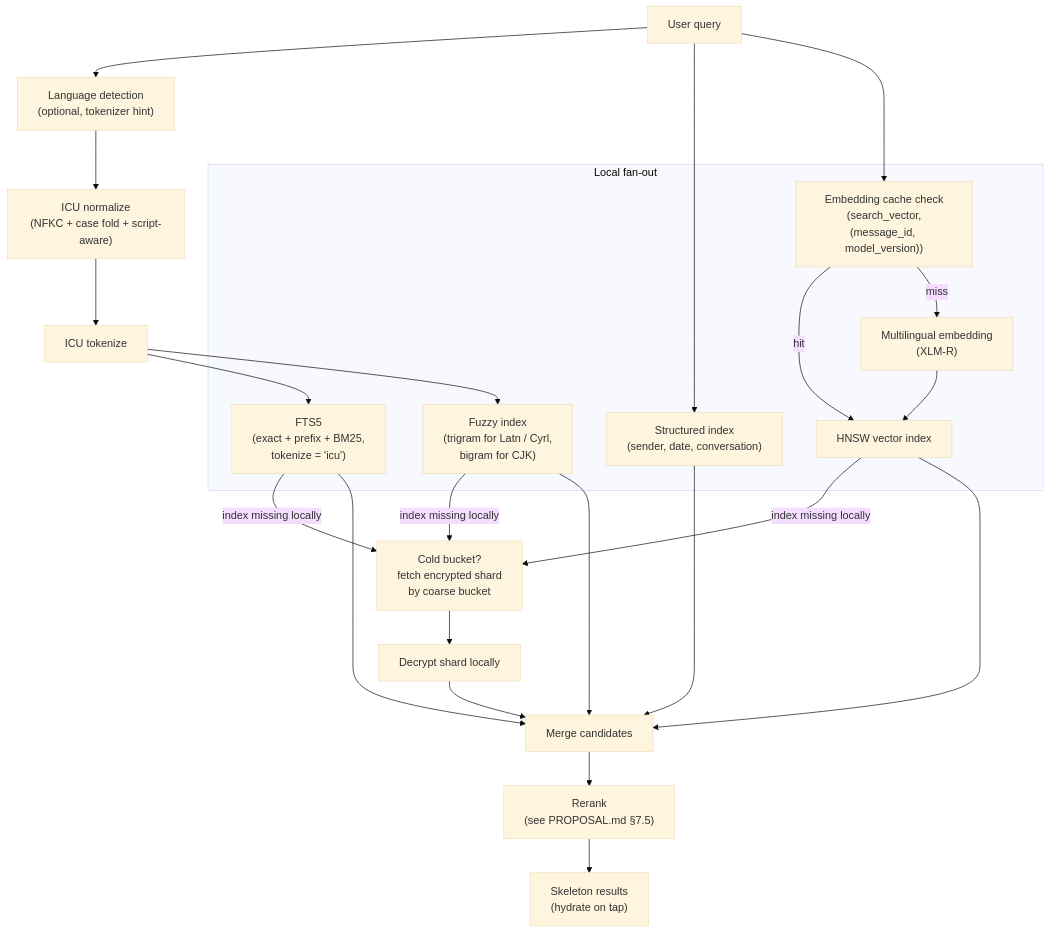
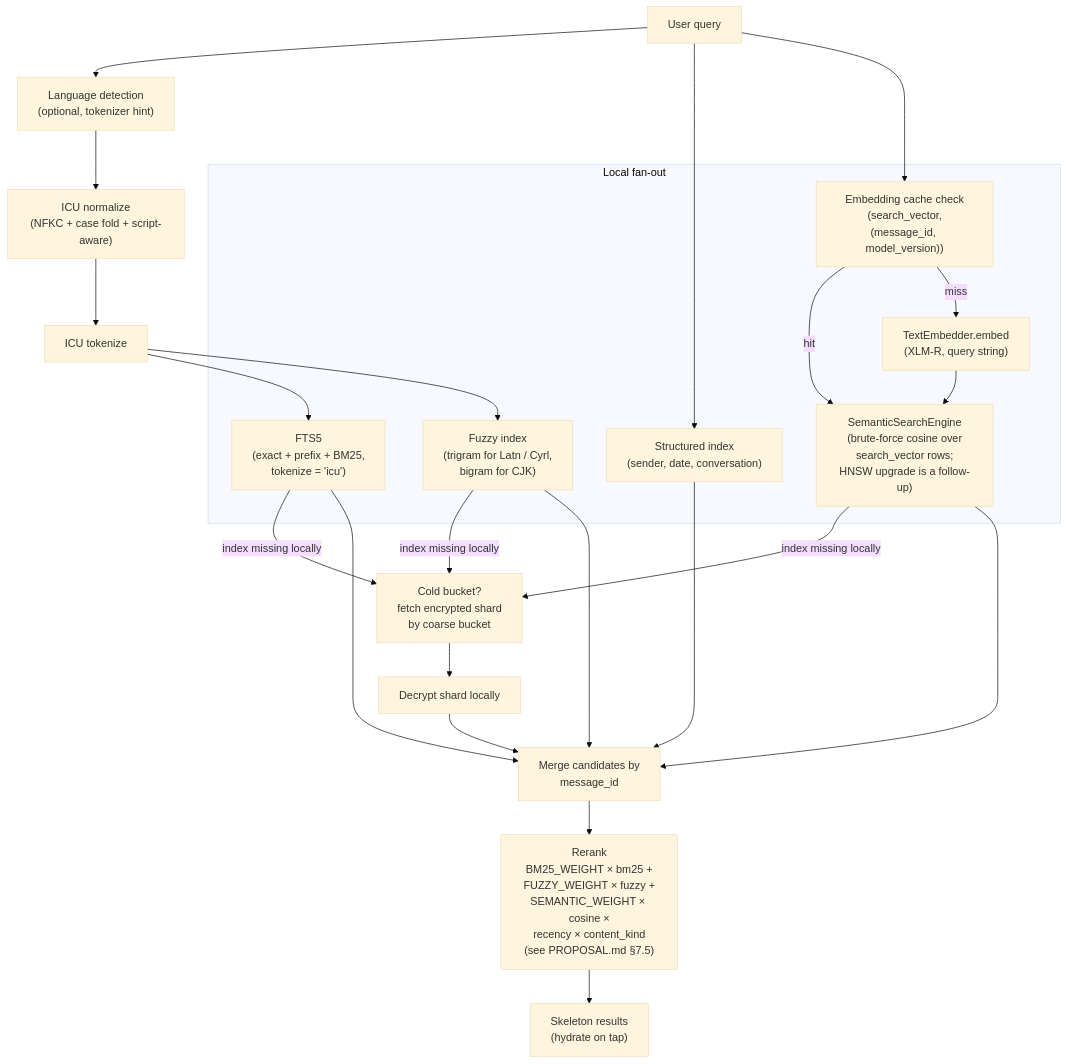
One commit to kennguy3n/chat-storage-search changed diagram 11 of 34 in docs/ARCHITECTURE.md. Above: the diagram before and after it, drawn with Mermaid (base theme). The commit also changed other lines of this file and 21 other files, not shown here.

First line of the commit message:
Phase 6: ML seams + semantic search + cross-pipeline embedding cache

````diff
--- a/docs/ARCHITECTURE.md
+++ b/docs/ARCHITECTURE.md
@@ -877,41 +897,41 @@
 ```mermaid
 flowchart TD
     Q["User query"]
     LD["Language detection<br/>(optional, tokenizer hint)"]
     NORM["ICU normalize<br/>(NFKC + case fold + script-aware)"]
     TOK["ICU tokenize"]
 
     subgraph Local["Local fan-out"]
         FTS["FTS5<br/>(exact + prefix + BM25,<br/>tokenize = 'icu')"]
         FZ["Fuzzy index<br/>(trigram for Latn / Cyrl,<br/>bigram for CJK)"]
         STRUCT["Structured index<br/>(sender, date, conversation)"]
         ECACHE["Embedding cache check<br/>(search_vector,<br/>(message_id, model_version))"]
-        EMB["Multilingual embedding<br/>(XLM-R)"]
-        HNSW["HNSW vector index"]
+        EMB["TextEmbedder.embed<br/>(XLM-R, query string)"]
+        SEM["SemanticSearchEngine<br/>(brute-force cosine over<br/>search_vector rows;<br/>HNSW upgrade is a follow-up)"]
     end
 
     Cold["Cold bucket?<br/>fetch encrypted shard<br/>by coarse bucket"]
     Decrypt["Decrypt shard locally"]
-    Merge["Merge candidates"]
-    Rerank["Rerank<br/>(see PROPOSAL.md §7.5)"]
+    Merge["Merge candidates by<br/>message_id"]
+    Rerank["Rerank<br/>BM25_WEIGHT × bm25 +<br/>FUZZY_WEIGHT × fuzzy +<br/>SEMANTIC_WEIGHT × cosine ×<br/>recency × content_kind<br/>(see PROPOSAL.md §7.5)"]
     Out["Skeleton results<br/>(hydrate on tap)"]
 
     Q --> LD --> NORM --> TOK
     TOK --> FTS
     TOK --> FZ
     Q --> STRUCT
     Q --> ECACHE
-    ECACHE -->|"hit"| HNSW
+    ECACHE -->|"hit"| SEM
     ECACHE -->|"miss"| EMB
-    EMB --> HNSW
+    EMB --> SEM
     FTS -->|"index missing locally"| Cold
     FZ -->|"index missing locally"| Cold
-    HNSW -->|"index missing locally"| Cold
+    SEM -->|"index missing locally"| Cold
     Cold --> Decrypt
     Decrypt --> Merge
     FTS --> Merge
     FZ --> Merge
     STRUCT --> Merge
-    HNSW --> Merge
+    SEM --> Merge
     Merge --> Rerank --> Out
 ```
````
